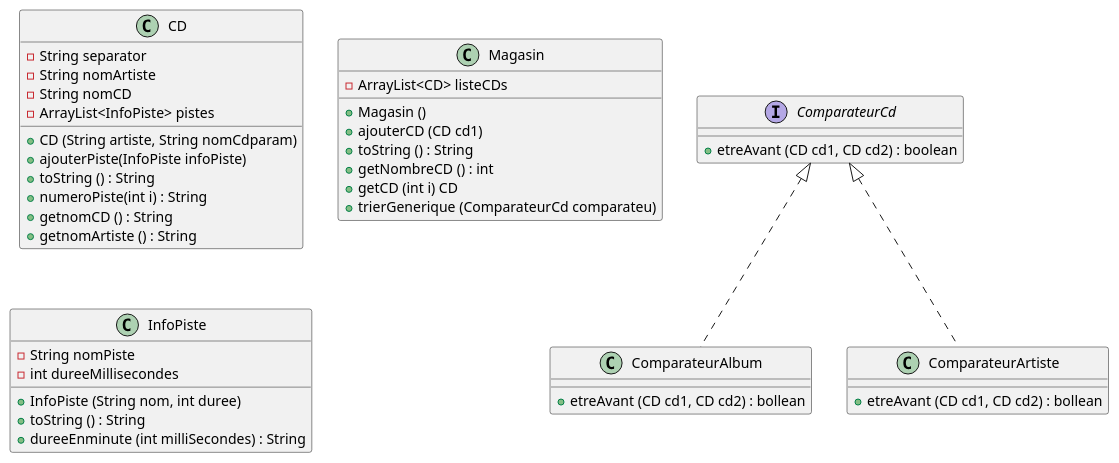
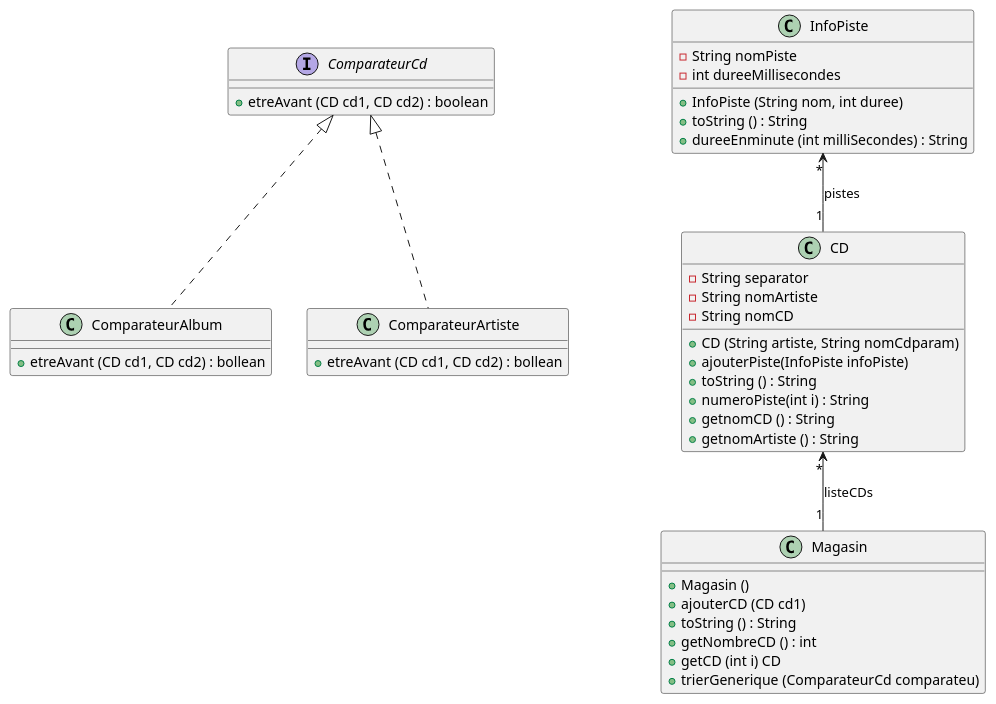
One commit to LDoan2/2022_coo_cd_DOAN_OUDIN changed the diagram in Diagramme_de_classe.puml. Above: the diagram before and after it, drawn with PlantUML.

Commit message:
diagramme

```diff
--- a/Diagramme_de_classe.puml
+++ b/Diagramme_de_classe.puml
@@ -1,48 +1,48 @@
 @startuml
 interface ComparateurCd{
     + etreAvant (CD cd1, CD cd2) : boolean
 }
 
 class CD{
     - String separator
     - String nomArtiste
     - String nomCD
-    - ArrayList<InfoPiste> pistes
     + CD (String artiste, String nomCdparam)
     + ajouterPiste(InfoPiste infoPiste)
     + toString () : String
     + numeroPiste(int i) : String
     + getnomCD () : String
     + getnomArtiste () : String
 }
 
 class Magasin{
-    - ArrayList<CD> listeCDs
     + Magasin ()
     + ajouterCD (CD cd1)
     + toString () : String
     + getNombreCD () : int
     + getCD (int i) CD
     + trierGenerique (ComparateurCd comparateu)
 }
 
 class ComparateurAlbum{
     + etreAvant (CD cd1, CD cd2) : bollean
 }
 
 class ComparateurArtiste{
     + etreAvant (CD cd1, CD cd2) : bollean
 }
 
 class InfoPiste{
     - String nomPiste
     - int dureeMillisecondes
     + InfoPiste (String nom, int duree)
     + toString () : String
     + dureeEnminute (int milliSecondes) : String
 }
 
 ComparateurCd <|.. ComparateurAlbum
 ComparateurCd <|.. ComparateurArtiste
+CD "*" <-- "1"Magasin : listeCDs
+InfoPiste "*" <-- "1" CD : pistes
 
 @enduml
```
